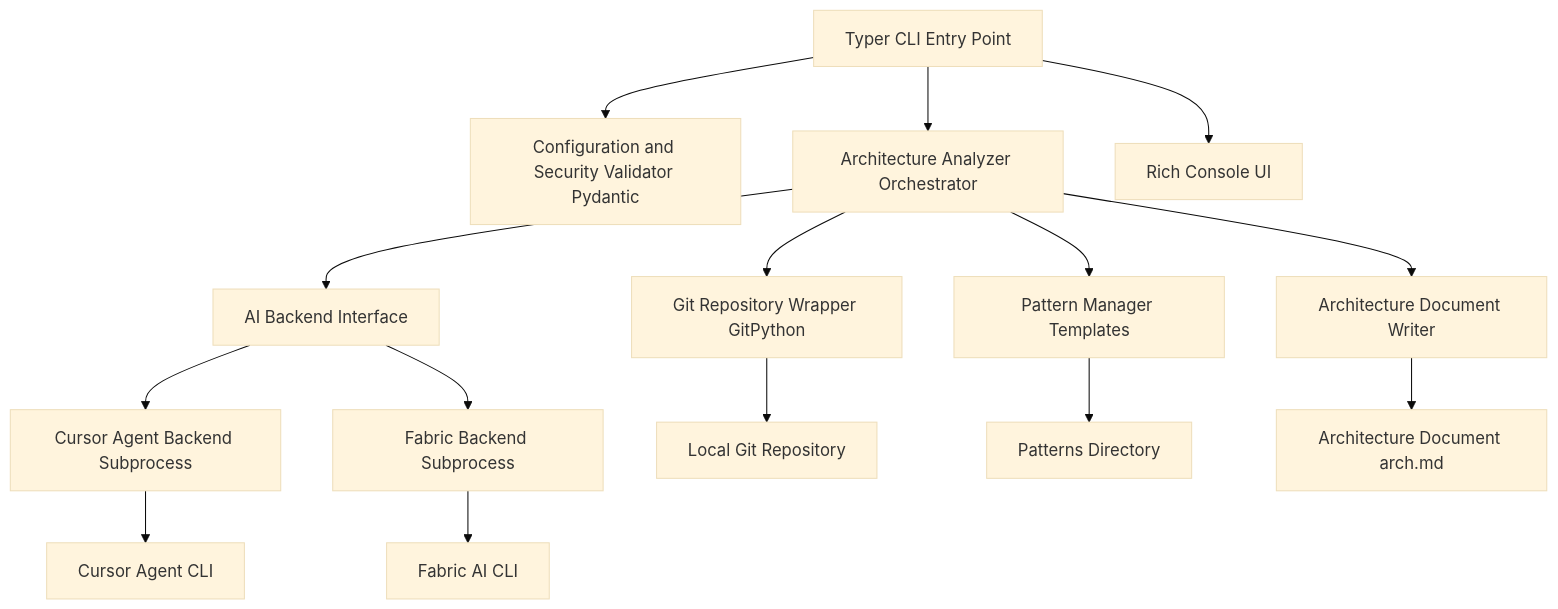
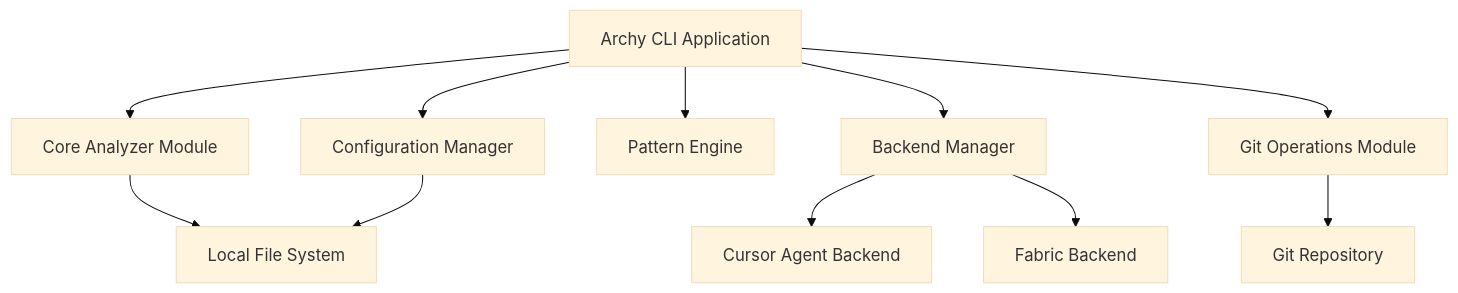
One commit to obzenner/archy changed the second of 3 diagrams in ARCHY.md. Above: the diagram before and after it, drawn with Mermaid (base theme). The commit also changed other lines of this file, not shown here.

Commit message:
chore: update arch

````diff
--- a/ARCHY.md
+++ b/ARCHY.md
@@ -85,36 +85,24 @@
 ```mermaid
 flowchart TB
-    TyperApp[Typer CLI Entry Point]
-    ConfigValidator[Configuration and Security Validator Pydantic]
-    ArchitectureAnalyzer[Architecture Analyzer Orchestrator]
-    GitRepositoryModule[Git Repository Wrapper GitPython]
-    PatternManager[Pattern Manager Templates]
-    AIBackendsBase[AI Backend Interface]
-    CursorAgentBackend[Cursor Agent Backend Subprocess]
-    FabricBackend[Fabric Backend Subprocess]
-    DocumentWriter[Architecture Document Writer]
-    RichConsole[Rich Console UI]
-    LocalGitRepository[Local Git Repository]
-    CursorAgentCLI[Cursor Agent CLI]
-    FabricAI[Fabric AI CLI]
-    PatternsDirectory[Patterns Directory]
-    ArchitectureFile[Architecture Document arch.md]
-
-    TyperApp --> ConfigValidator
-    TyperApp --> ArchitectureAnalyzer
-    TyperApp --> RichConsole
-
-    ArchitectureAnalyzer --> GitRepositoryModule
-    ArchitectureAnalyzer --> PatternManager
-    ArchitectureAnalyzer --> AIBackendsBase
-    ArchitectureAnalyzer --> DocumentWriter
-
-    AIBackendsBase --> CursorAgentBackend
-    AIBackendsBase --> FabricBackend
-
-    GitRepositoryModule --> LocalGitRepository
-    PatternManager --> PatternsDirectory
-    CursorAgentBackend --> CursorAgentCLI
-    FabricBackend --> FabricAI
-    DocumentWriter --> ArchitectureFile
+    ArchyCLI[Archy CLI Application]
+    CoreAnalyzer[Core Analyzer Module]
+    BackendManager[Backend Manager]
+    PatternEngine[Pattern Engine]
+    GitOpsModule[Git Operations Module]
+    ConfigManager[Configuration Manager]
+    CursorAgentBackend[Cursor Agent Backend]
+    FabricBackend[Fabric Backend]
+    LocalFileSystem[Local File System]
+    GitRepository[Git Repository]
+    
+    ArchyCLI --> CoreAnalyzer
+    ArchyCLI --> BackendManager
+    ArchyCLI --> PatternEngine
+    ArchyCLI --> GitOpsModule
+    ArchyCLI --> ConfigManager
+    BackendManager --> CursorAgentBackend
+    BackendManager --> FabricBackend
+    CoreAnalyzer --> LocalFileSystem
+    GitOpsModule --> GitRepository
+    ConfigManager --> LocalFileSystem
 ```
````
